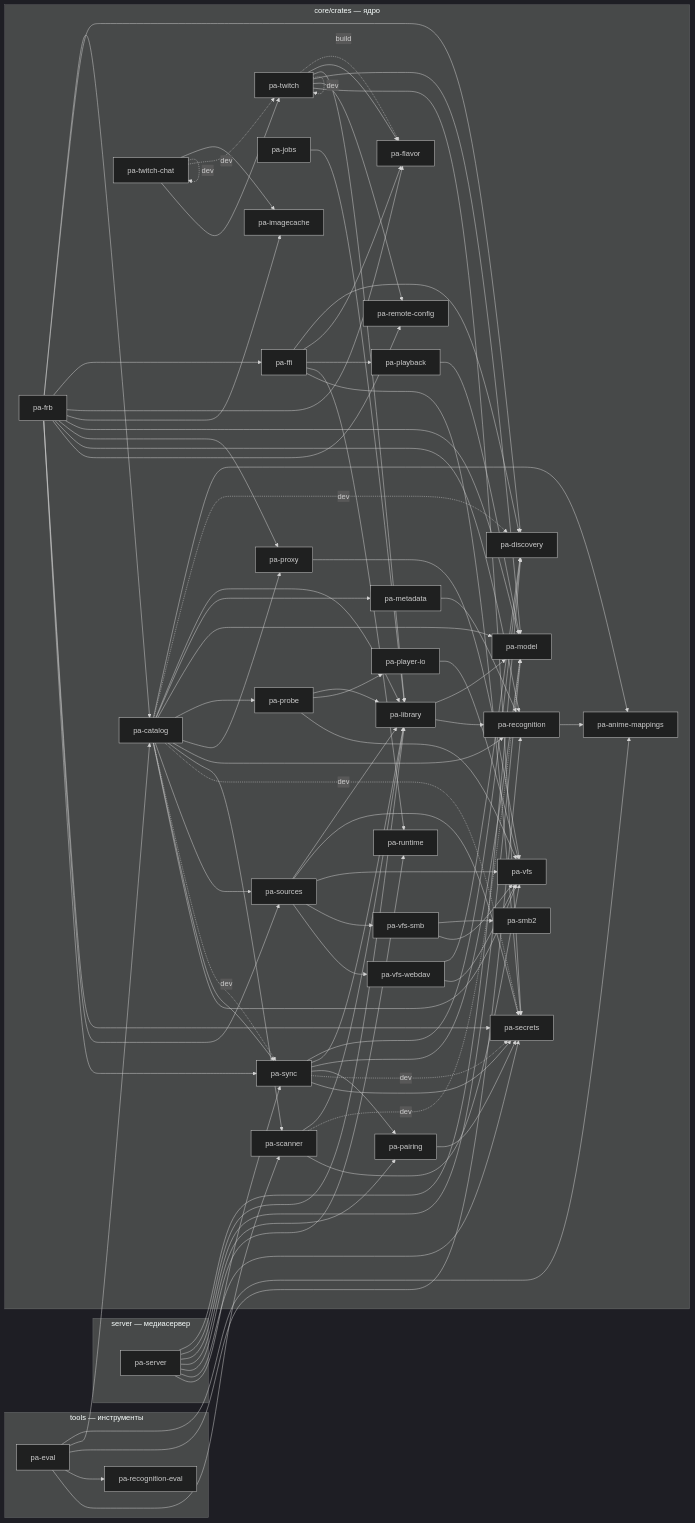
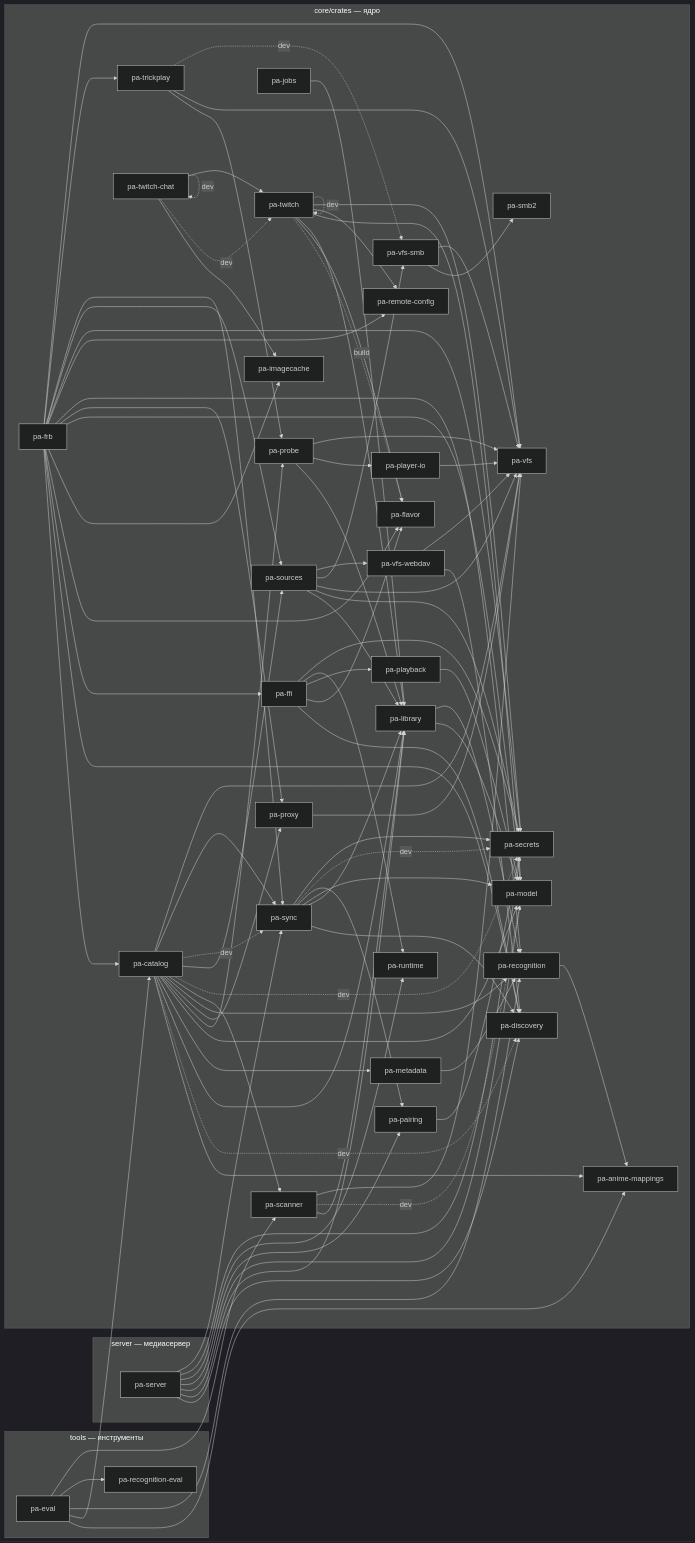
The diagram in docs/dev/crate-graph.md (DenisHumen/kinolune), drawn with Mermaid (dark theme) before and after one commit. The commit also changed other lines of this file and 2 other files, not shown here.

Commit message:
Merge main; assign ADR numbers

```diff
--- a/docs/dev/crate-graph.md
+++ b/docs/dev/crate-graph.md
@@ -36,6 +36,7 @@
     pa_smb2["pa-smb2"]
     pa_sources["pa-sources"]
     pa_sync["pa-sync"]
+    pa_trickplay["pa-trickplay"]
     pa_twitch["pa-twitch"]
     pa_twitch_chat["pa-twitch-chat"]
     pa_vfs["pa-vfs"]
@@ -85,6 +86,8 @@
   pa_frb --> pa_secrets
   pa_frb --> pa_sources
   pa_frb --> pa_sync
+  pa_frb --> pa_trickplay
+  pa_frb --> pa_vfs
   pa_jobs --> pa_library
   pa_library --> pa_model
   pa_library --> pa_recognition
@@ -118,6 +121,9 @@
   pa_sync --> pa_pairing
   pa_sync -. dev .-> pa_secrets
   pa_sync --> pa_secrets
+  pa_trickplay --> pa_probe
+  pa_trickplay --> pa_vfs
+  pa_trickplay -. dev .-> pa_vfs_smb
   pa_twitch -. build .-> pa_flavor
   pa_twitch --> pa_flavor
   pa_twitch --> pa_library
```
